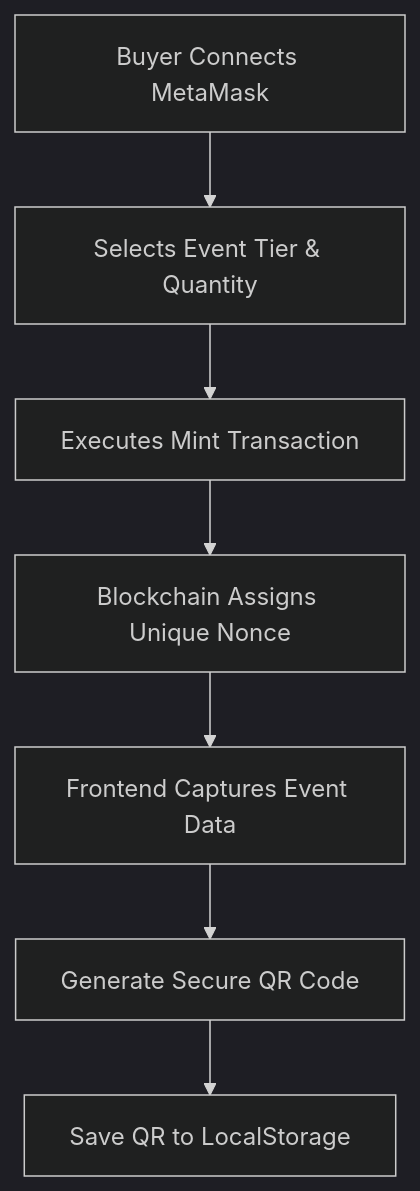
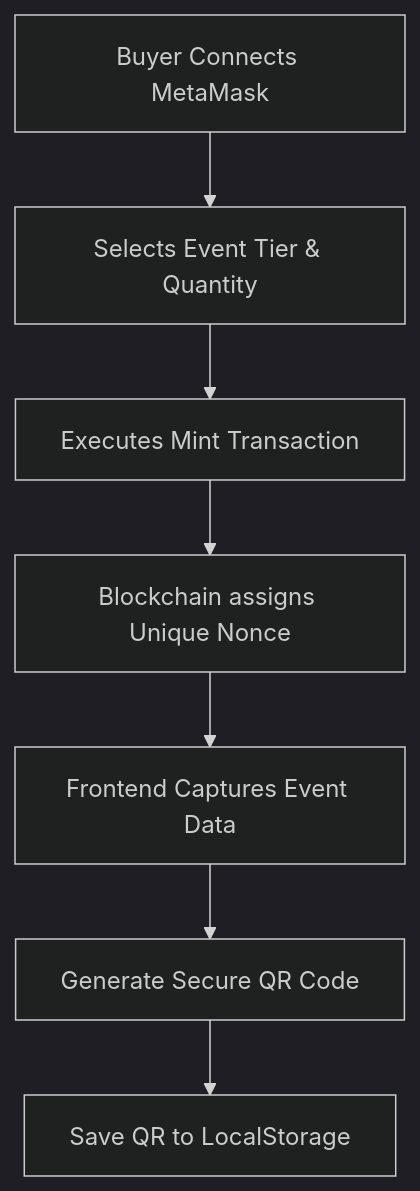
The third of 5 diagrams in README.md (Sai-Adithya-M/CS218-Blacknova-NFT_EVENT_TICKETING), drawn with Mermaid (dark theme) before and after one commit.

````diff
--- a/README.md
+++ b/README.md
@@ -67,9 +67,9 @@
 ```mermaid
 graph TD
     A[Buyer Connects MetaMask] --> B[Selects Event Tier & Quantity]
     B --> C[Executes Mint Transaction]
-    C --> D[Blockchain Assigns Unique Nonce]
+    C --> D[Blockchain assigns Unique Nonce]
     D --> E[Frontend Captures Event Data]
     E --> F[Generate Secure QR Code]
     F --> G[Save QR to LocalStorage]
 ```
````
